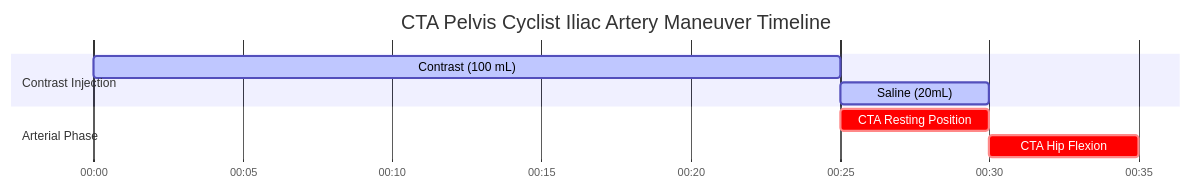
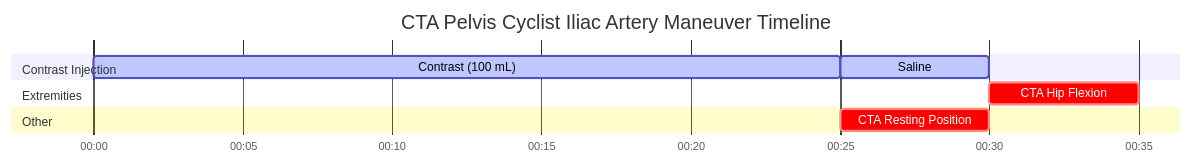
One commit to dfergs93/radiology-protocols changed the diagram in docs/ct/vascular/cta-pelvis-cyclist-iliac-artery-maneuver.md. Above: the diagram before and after it, drawn with Mermaid. The commit also changed other lines of this file and 101 other files, not shown here.

````diff
--- a/docs/ct/vascular/cta-pelvis-cyclist-iliac-artery-maneuver.md
+++ b/docs/ct/vascular/cta-pelvis-cyclist-iliac-artery-maneuver.md
@@ -83,18 +84,20 @@
   ```mermaid
   ---
+  displayMode: compact
   config:
     theme: default
+    themeCSS: " #Saline{ fill: #4ed5ff; stroke: #2094f3; } "
   ---
     gantt
       title CTA Pelvis Cyclist Iliac Artery Maneuver Timeline
       dateFormat mm:ss
       axisFormat %M:%S 
       
       section Contrast Injection
       Contrast (100 mL)    :active, contrast, 00:00, 25s
-      Saline (20mL)          :active, saline, after contrast, 5s
-      section Arterial Phase
-      CTA Resting Position    :crit, scan1, after contrast, 5s
-      section Arterial Phase
-      CTA Hip Flexion    :crit, scan2, after scan1, 5s
+      Saline          :active, saline, after contrast, 5s
+      section Extremities
+      CTA Hip Flexion    :crit, scan1, after saline, 5s
+      section Other
+      CTA Resting Position    :crit, scan2, after contrast, 5s
   ```
````
